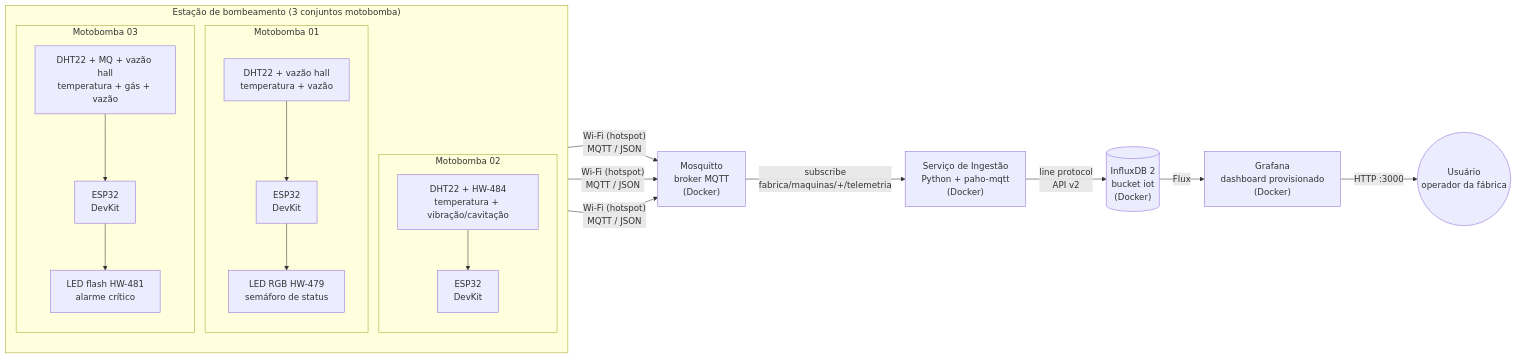
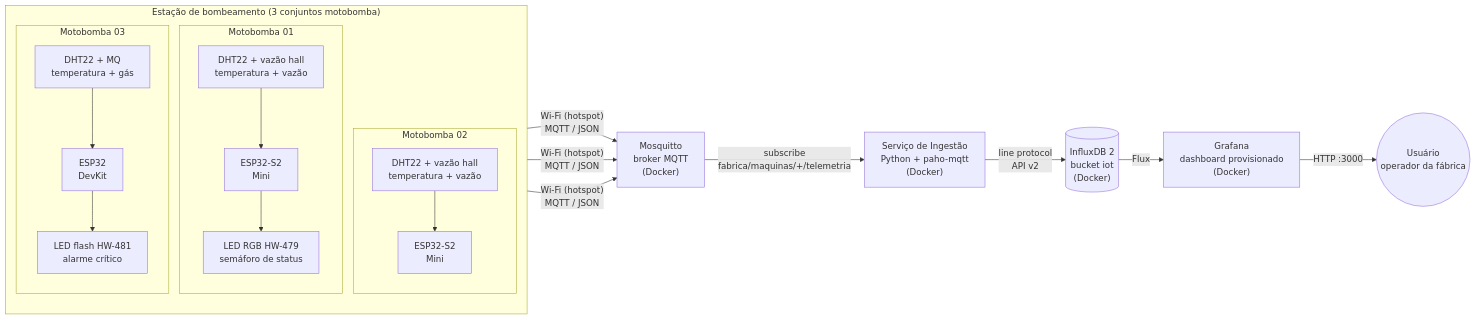
The diagram in docs/02-arquitetura.md (PedroFurtadoC/estacao-bombeamento-iot), drawn with Mermaid before and after one commit. The commit also changed other lines of this file and 23 other files, not shown here.

````diff
--- a/docs/02-arquitetura.md
+++ b/docs/02-arquitetura.md
@@ -5,23 +5,23 @@
 ```mermaid
 flowchart LR
     subgraph Maquinas["Estação de bombeamento (3 conjuntos motobomba)"]
         direction TB
         subgraph M01["Motobomba 01"]
-            S1["DHT22 + vazão hall<br/>temperatura + vazão"] --> E1["ESP32<br/>DevKit"]
+            S1["DHT22 + vazão hall<br/>temperatura + vazão"] --> E1["ESP32-S2<br/>Mini"]
             E1 --> A1["LED RGB HW-479<br/>semáforo de status"]
         end
         subgraph M02["Motobomba 02"]
-            S2["DHT22 + HW-484<br/>temperatura + vibração/cavitação"] --> E2["ESP32<br/>DevKit"]
+            S2["DHT22 + vazão hall<br/>temperatura + vazão"] --> E2["ESP32-S2<br/>Mini"]
         end
         subgraph M03["Motobomba 03"]
-            S3["DHT22 + MQ + vazão hall<br/>temperatura + gás + vazão"] --> E3["ESP32<br/>DevKit"]
+            S3["DHT22 + MQ<br/>temperatura + gás"] --> E3["ESP32<br/>DevKit"]
             E3 --> A3["LED flash HW-481<br/>alarme crítico"]
         end
     end
 
     E1 & E2 & E3 -- "Wi-Fi (hotspot)<br/>MQTT / JSON" --> BR["Mosquitto<br/>broker MQTT<br/>(Docker)"]
     BR -- "subscribe<br/>fabrica/maquinas/+/telemetria" --> IN["Serviço de Ingestão<br/>Python + paho-mqtt<br/>(Docker)"]
     IN -- "line protocol<br/>API v2" --> DB[("InfluxDB 2<br/>bucket iot<br/>(Docker)")]
     DB -- "Flux" --> GF["Grafana<br/>dashboard provisionado<br/>(Docker)"]
     GF -- "HTTP :3000" --> US(("Usuário<br/>operador da fábrica"))
 ```
````
